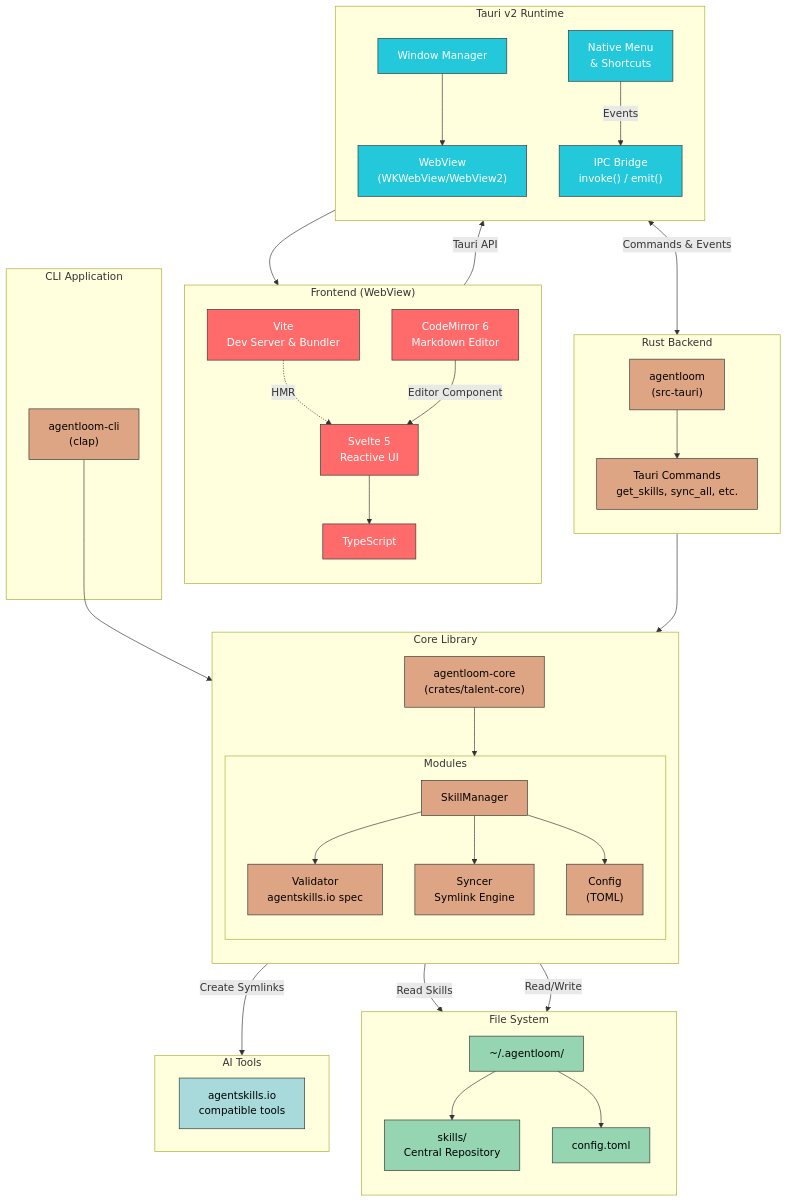
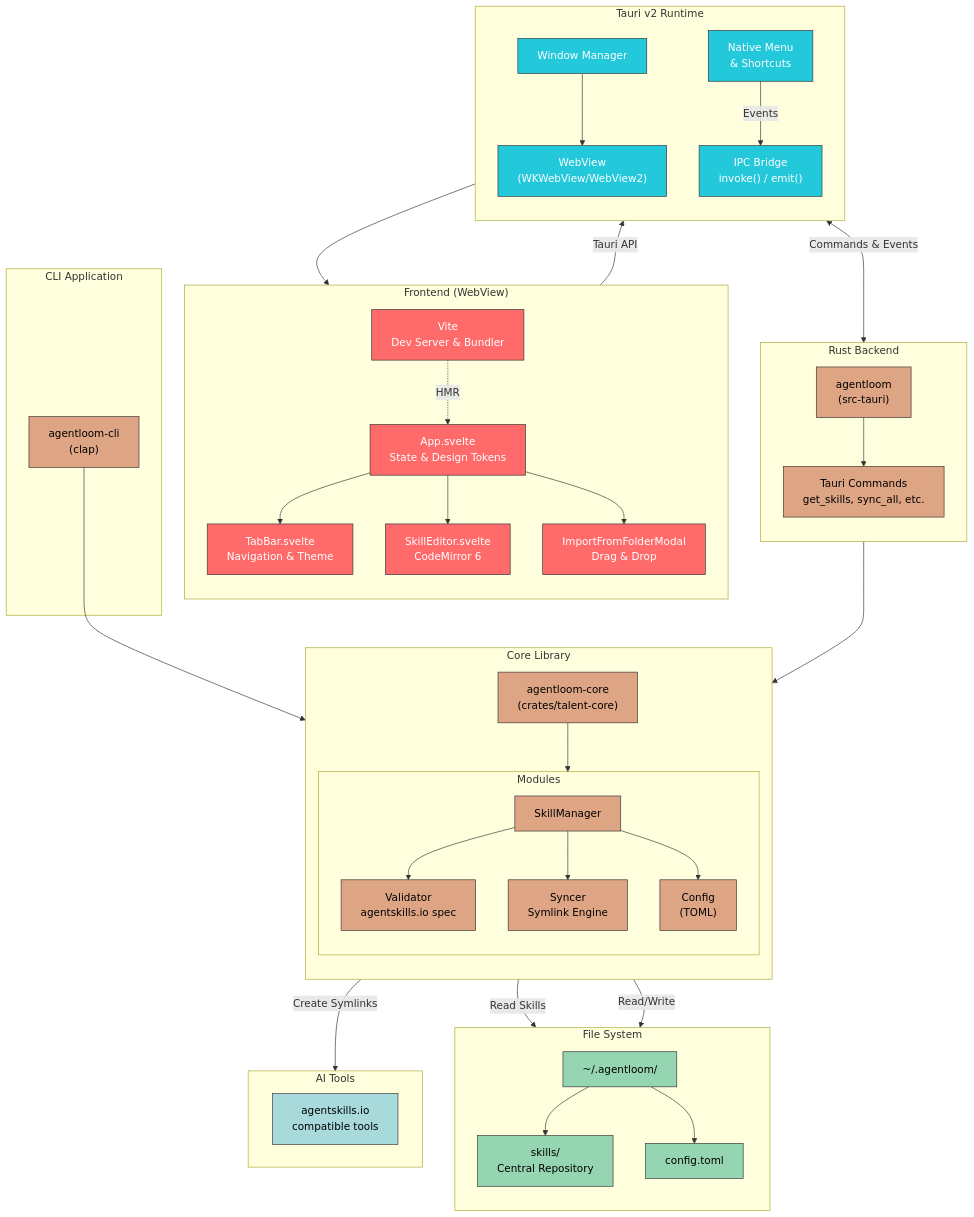
The diagram in docs/ARCHITECTURE.md (Alpha-Coders/agent-loom), drawn with Mermaid before and after one commit. The commit also changed other lines of this file and 5 other files, not shown here.

```diff
--- a/docs/ARCHITECTURE.md
+++ b/docs/ARCHITECTURE.md
@@ -12,14 +12,16 @@
 flowchart TB
     subgraph Frontend["Frontend (WebView)"]
         direction TB
-        Svelte["Svelte 5<br/>Reactive UI"]
-        TS["TypeScript"]
+        App["App.svelte<br/>State & Design Tokens"]
+        TabBar["TabBar.svelte<br/>Navigation & Theme"]
+        Editor["SkillEditor.svelte<br/>CodeMirror 6"]
+        Import["ImportFromFolderModal<br/>Drag & Drop"]
         Vite["Vite<br/>Dev Server & Bundler"]
-        CM["CodeMirror 6<br/>Markdown Editor"]
 
-        Svelte --> TS
-        Vite -.->|"HMR"| Svelte
-        CM -->|"Editor Component"| Svelte
+        App --> TabBar
+        App --> Editor
+        App --> Import
+        Vite -.->|"HMR"| App
     end
 
     subgraph Tauri["Tauri v2 Runtime"]
@@ -95,7 +97,7 @@
     classDef storage fill:#95d5b2,stroke:#333,color:#000
     classDef targets fill:#a8dadc,stroke:#333,color:#000
 
-    class Svelte,TS,Vite,CM frontend
+    class App,TabBar,Editor,Import,Vite frontend
     class WebView,IPC,Menu,Window tauri
     class TauriApp,Commands,CoreLib,Manager,Validator,Syncer,Config,CLIApp rust
     class AppDir,SkillsDir,ConfigFile storage
```
